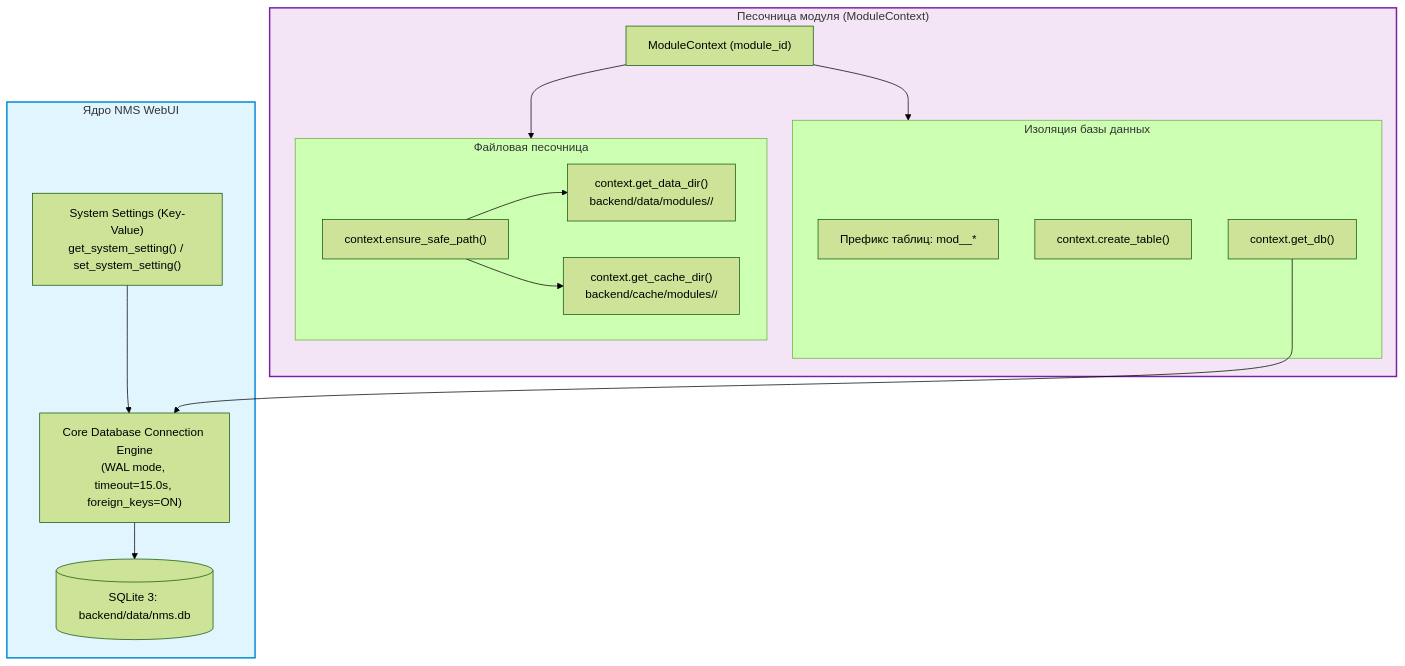
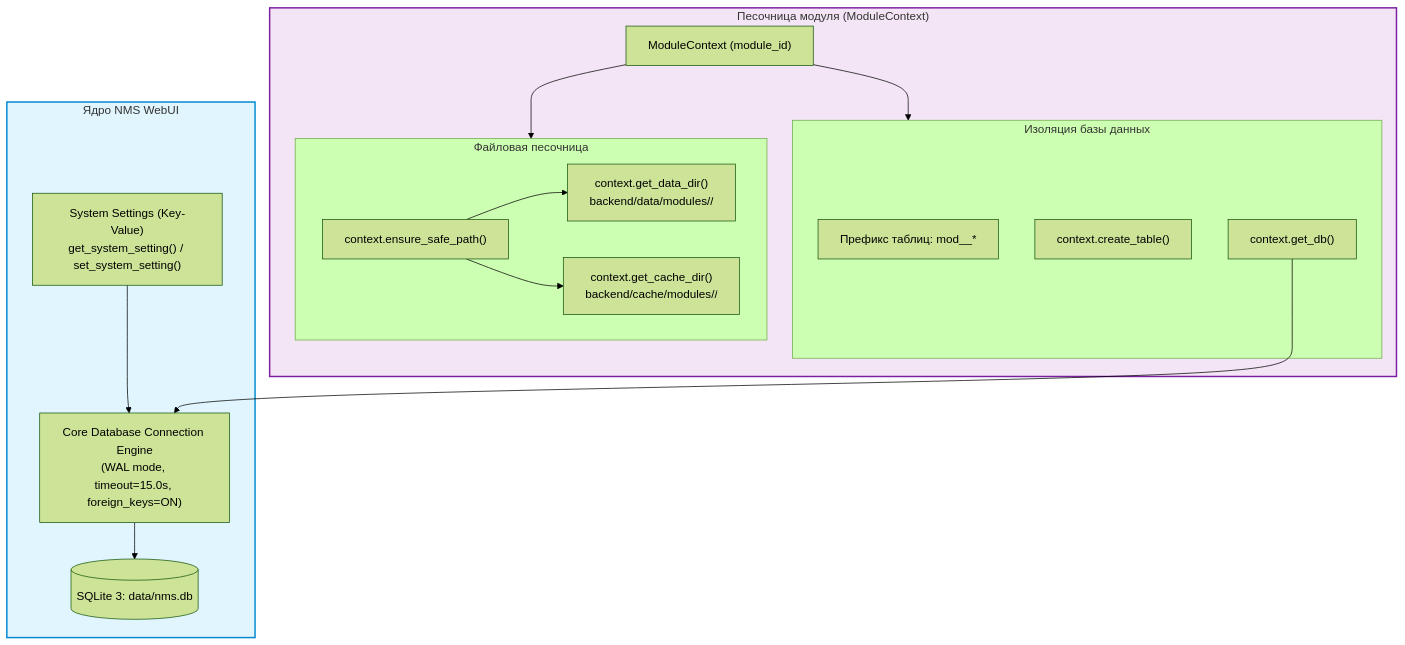
The diagram in docs/wiki/03-module-development/04-database-and-storage.md (Apofixc/nms-webui), drawn with Mermaid (forest theme) before and after one commit. The commit also changed other lines of this file and 21 other files, not shown here.

````diff
--- a/docs/wiki/03-module-development/04-database-and-storage.md
+++ b/docs/wiki/03-module-development/04-database-and-storage.md
@@ -18,37 +18,37 @@
 ```mermaid
 flowchart TD
     subgraph Core ["Ядро NMS WebUI"]
-        DB[(SQLite 3: backend/data/nms.db)]
+        DB[(SQLite 3: data/nms.db)]
         DBEngine["Core Database Connection Engine\n(WAL mode, timeout=15.0s, foreign_keys=ON)"]
         SysSettings["System Settings (Key-Value)\nget_system_setting() / set_system_setting()"]
         DBEngine --> DB
         SysSettings --> DBEngine
     end
 
     subgraph ModuleSandbox ["Песочница модуля (ModuleContext)"]
         MC["ModuleContext (module_id)"]
         
         subgraph DBIsolation ["Изоляция базы данных"]
             Prefix["Префикс таблиц: mod_<module_id>_*"]
             CreateTable["context.create_table()"]
             GetDB["context.get_db()"]
         end
         
         subgraph StorageIsolation ["Файловая песочница"]
             DataDir["context.get_data_dir()\nbackend/data/modules/<id>/"]
             CacheDir["context.get_cache_dir()\nbackend/cache/modules/<id>/"]
             SafePath["context.ensure_safe_path()"]
         end
     end
 
     MC --> DBIsolation
     MC --> StorageIsolation
     GetDB --> DBEngine
     SafePath --> DataDir
     SafePath --> CacheDir
 
     classDef core fill:#e1f5fe,stroke:#0288d1,stroke-width:2px;
     classDef module fill:#f3e5f5,stroke:#7b1fa2,stroke-width:2px;
     class Core core;
     class ModuleSandbox module;
 ```
````
